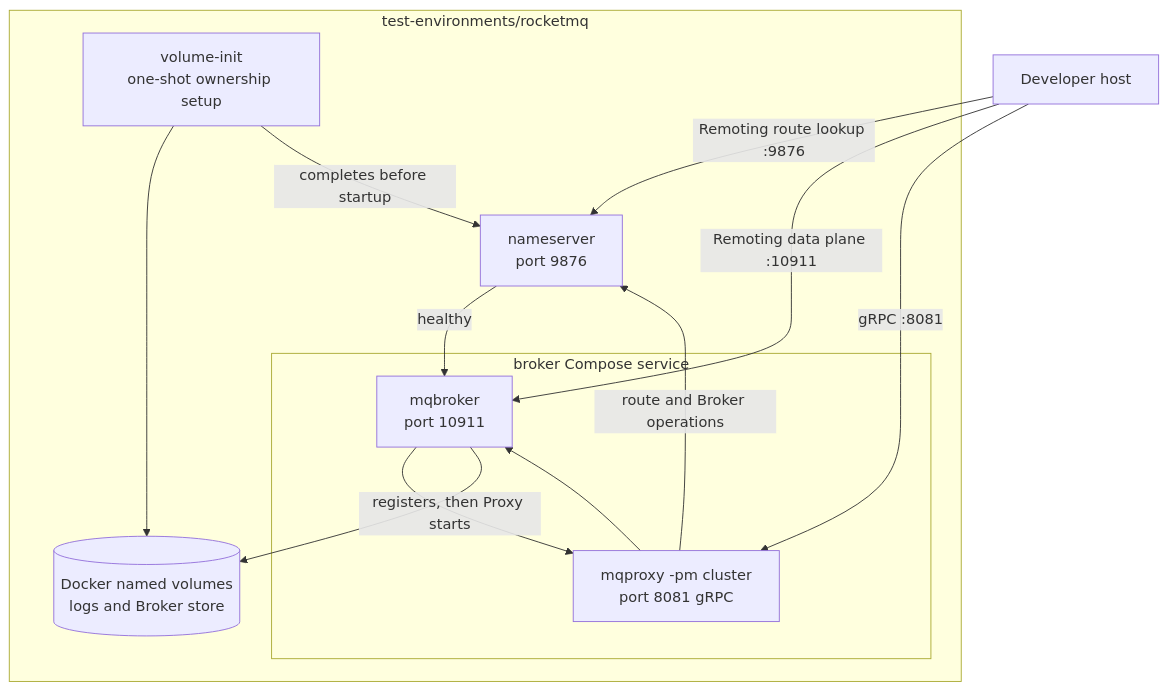
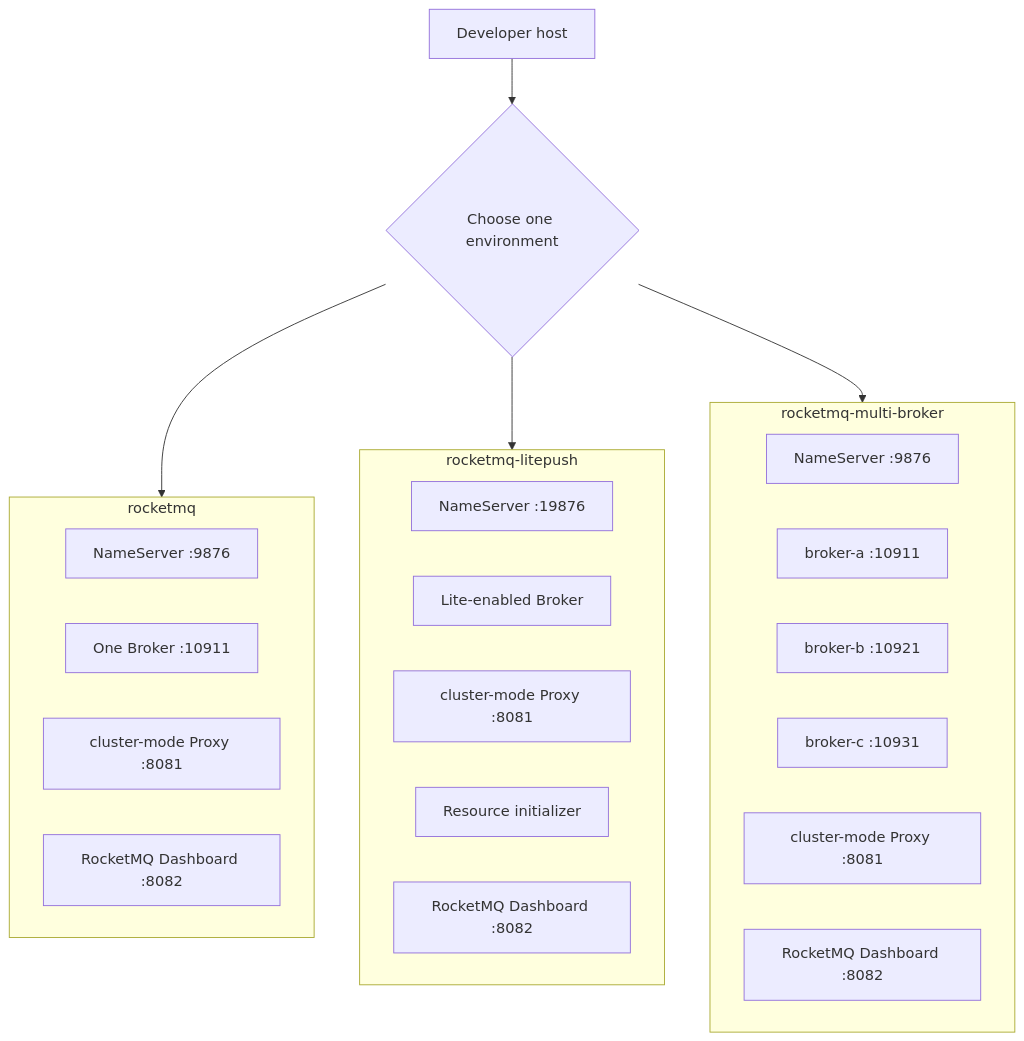
One commit to eventhorizon-cli/EventHorizon.RocketMQ changed the diagram in test-environments/README.md. Above: the diagram before and after it, drawn with Mermaid. The commit also changed other lines of this file and 88 other files, not shown here.

First line of the commit message:
feat: refine client registrations and test environments

````diff
--- a/test-environments/README.md
+++ b/test-environments/README.md
@@ -15,27 +30,34 @@
 ```mermaid
 flowchart TB
     Host[Developer host]
+    Choose{Choose one environment}
 
-    subgraph Environment[test-environments/rocketmq]
-        Init[volume-init<br/>one-shot ownership setup]
-        NameServer[nameserver<br/>port 9876]
-
-        subgraph BrokerService[broker Compose service]
-            Broker[mqbroker<br/>port 10911]
-            Proxy[mqproxy -pm cluster<br/>port 8081 gRPC]
-        end
-
-        Volumes[(Docker named volumes<br/>logs and Broker store)]
+    subgraph Single[rocketmq]
+        SingleNs[NameServer :9876]
+        SingleBroker[One Broker :10911]
+        SingleProxy[cluster-mode Proxy :8081]
+        SingleDashboard[RocketMQ Dashboard :8082]
     end
 
-    Host -->|Remoting route lookup :9876| NameServer
-    Host -->|Remoting data plane :10911| Broker
-    Host -->|gRPC :8081| Proxy
-    Init --> Volumes
-    Init -->|completes before startup| NameServer
-    NameServer -->|healthy| Broker
-    Broker -->|registers, then Proxy starts| Proxy
-    Broker --> Volumes
-    Proxy -->|route and Broker operations| NameServer
-    Proxy --> Broker
+    subgraph Lite[rocketmq-litepush]
+        LiteNs[NameServer :19876]
+        LiteBroker[Lite-enabled Broker]
+        LiteProxy[cluster-mode Proxy :8081]
+        LiteInit[Resource initializer]
+        LiteDashboard[RocketMQ Dashboard :8082]
+    end
+
+    subgraph Multi[rocketmq-multi-broker]
+        MultiNs[NameServer :9876]
+        BrokerA[broker-a :10911]
+        BrokerB[broker-b :10921]
+        BrokerC[broker-c :10931]
+        MultiProxy[cluster-mode Proxy :8081]
+        MultiDashboard[RocketMQ Dashboard :8082]
+    end
+
+    Host --> Choose
+    Choose --> Single
+    Choose --> Lite
+    Choose --> Multi
 ```
````
